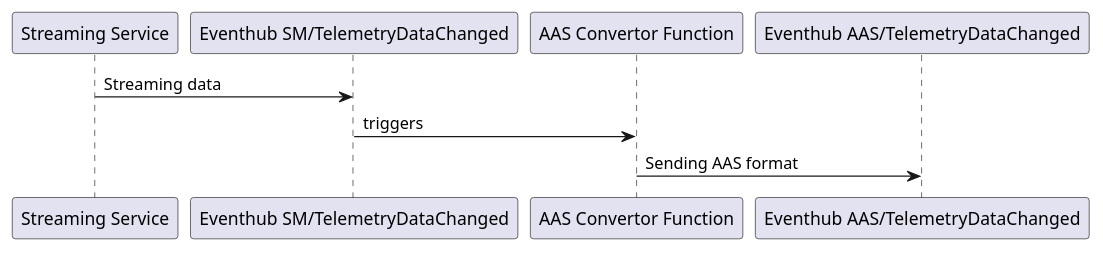
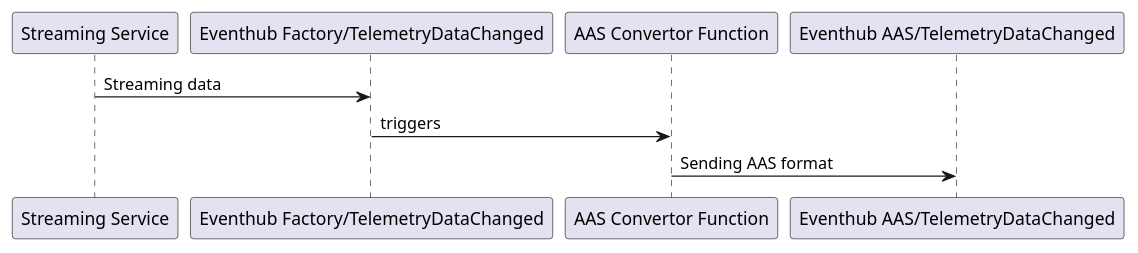
The diagram in docs/assets/plantuml/src/factory_to_aas_function_streaming_flow.puml (Azure-Samples/aas-digital-factory), drawn with PlantUML before and after one commit.

Commit message:
SM ref removal

```diff
--- a/docs/assets/plantuml/src/factory_to_aas_function_streaming_flow.puml
+++ b/docs/assets/plantuml/src/factory_to_aas_function_streaming_flow.puml
@@ -1,5 +1,5 @@
 @startuml
-"Streaming Service" -> "Eventhub SM/TelemetryDataChanged": Streaming data
-"Eventhub SM/TelemetryDataChanged" -> "AAS Convertor Function": triggers
+"Streaming Service" -> "Eventhub Factory/TelemetryDataChanged": Streaming data
+"Eventhub Factory/TelemetryDataChanged" -> "AAS Convertor Function": triggers
 "AAS Convertor Function" -> "Eventhub AAS/TelemetryDataChanged": Sending AAS format
 @enduml
```
